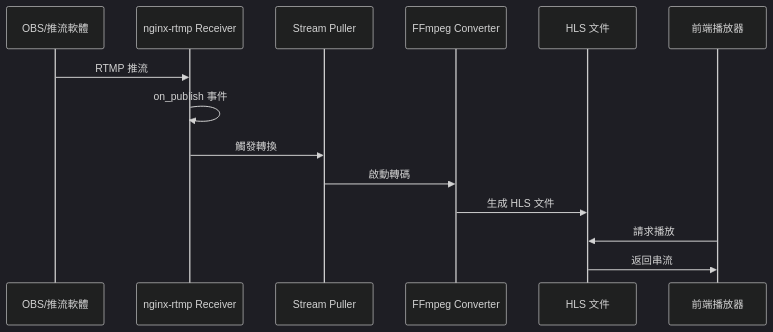
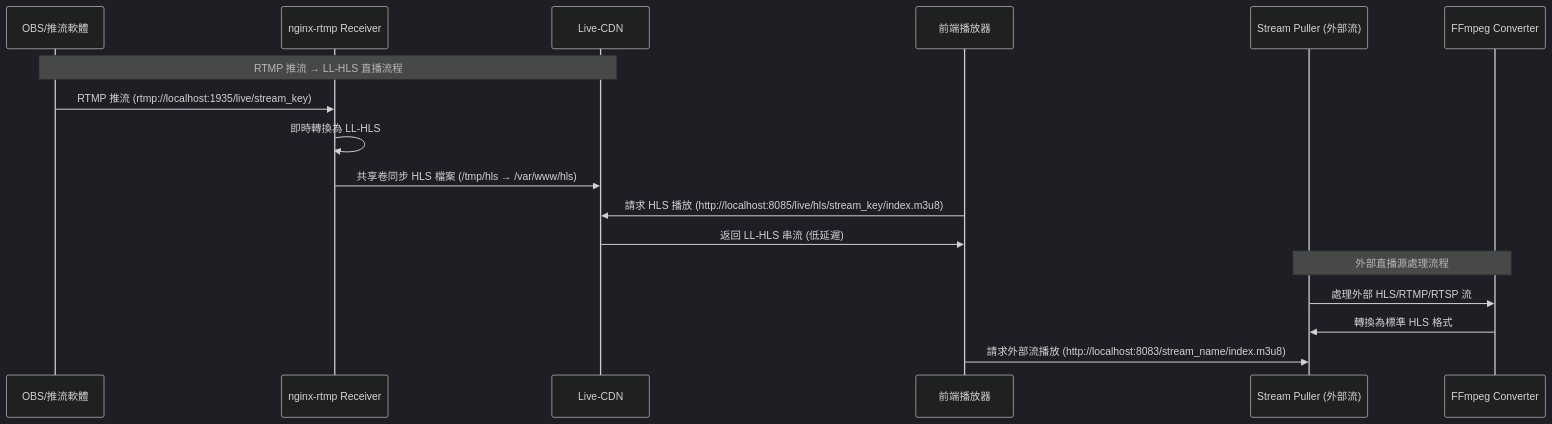
Before and after one commit to mike504110403/stream-demo: the third of 4 diagrams in README.md, drawn with Mermaid (dark theme). The commit also changed other lines of this file and 27 other files, not shown here.

Commit message:
feat: use live-cdn cache hls statics

````diff
--- a/README.md
+++ b/README.md
@@ -127,17 +130,21 @@
 ```mermaid
 sequenceDiagram
     participant OBS as OBS/推流軟體
     participant Receiver as nginx-rtmp Receiver
-    participant Puller as Stream Puller
+    participant LiveCDN as Live-CDN
+    participant Frontend as 前端播放器
+    participant Puller as Stream Puller (外部流)
     participant Converter as FFmpeg Converter
-    participant HLS as HLS 文件
-    participant Player as 前端播放器
     
-    OBS->>Receiver: RTMP 推流
-    Receiver->>Receiver: on_publish 事件
-    Receiver->>Puller: 觸發轉換
-    Puller->>Converter: 啟動轉碼
-    Converter->>HLS: 生成 HLS 文件
-    Player->>HLS: 請求播放
-    HLS->>Player: 返回串流
+    Note over OBS,LiveCDN: RTMP 推流 → LL-HLS 直播流程
+    OBS->>Receiver: RTMP 推流 (rtmp://localhost:1935/live/stream_key)
+    Receiver->>Receiver: 即時轉換為 LL-HLS 
+    Receiver->>LiveCDN: 共享卷同步 HLS 檔案 (/tmp/hls → /var/www/hls)
+    Frontend->>LiveCDN: 請求 HLS 播放 (http://localhost:8085/live/hls/stream_key/index.m3u8)
+    LiveCDN->>Frontend: 返回 LL-HLS 串流 (低延遲)
+    
+    Note over Puller,Converter: 外部直播源處理流程
+    Puller->>Converter: 處理外部 HLS/RTMP/RTSP 流
+    Converter->>Puller: 轉換為標準 HLS 格式
+    Frontend->>Puller: 請求外部流播放 (http://localhost:8083/stream_name/index.m3u8)
 ```
````
